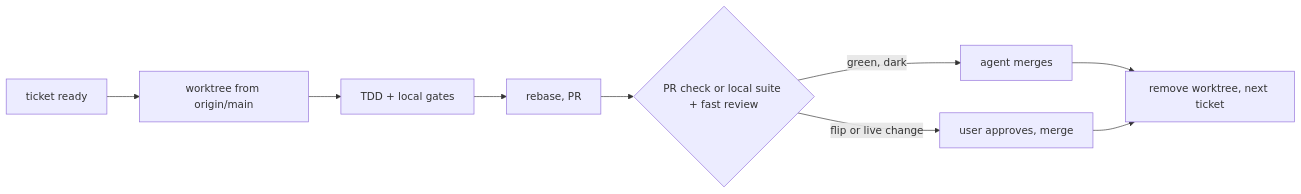
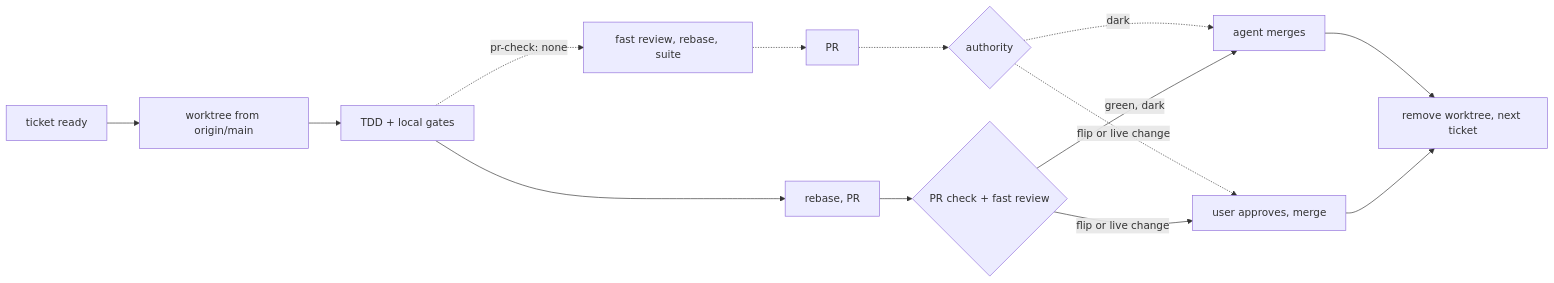
The diagram in skills/ship-to-trunk/SKILL.md (ivanDsky/skills), drawn with Mermaid before and after one commit. The commit also changed other lines of this file and 3 other files, not shown here.

First line of the commit message:
feat(ship-to-trunk): instant slice merge under pr-check: none

````diff
--- a/skills/ship-to-trunk/SKILL.md
+++ b/skills/ship-to-trunk/SKILL.md
@@ -60,11 +61,16 @@
 ```mermaid
 flowchart LR
   A[ticket ready] --> B[worktree from origin/main]
   B --> C[TDD + local gates]
   C --> D[rebase, PR]
-  D --> E{PR check or local suite + fast review}
+  D --> E{PR check + fast review}
+  C -.->|pr-check: none| N[fast review, rebase, suite]
+  N -.-> P[PR]
+  P -.-> E2{authority}
+  E2 -.->|dark| F
+  E2 -.->|flip or live change| G
   E -->|green, dark| F[agent merges]
   E -->|flip or live change| G[user approves, merge]
   F --> H[remove worktree, next ticket]
   G --> H
 ```
````
